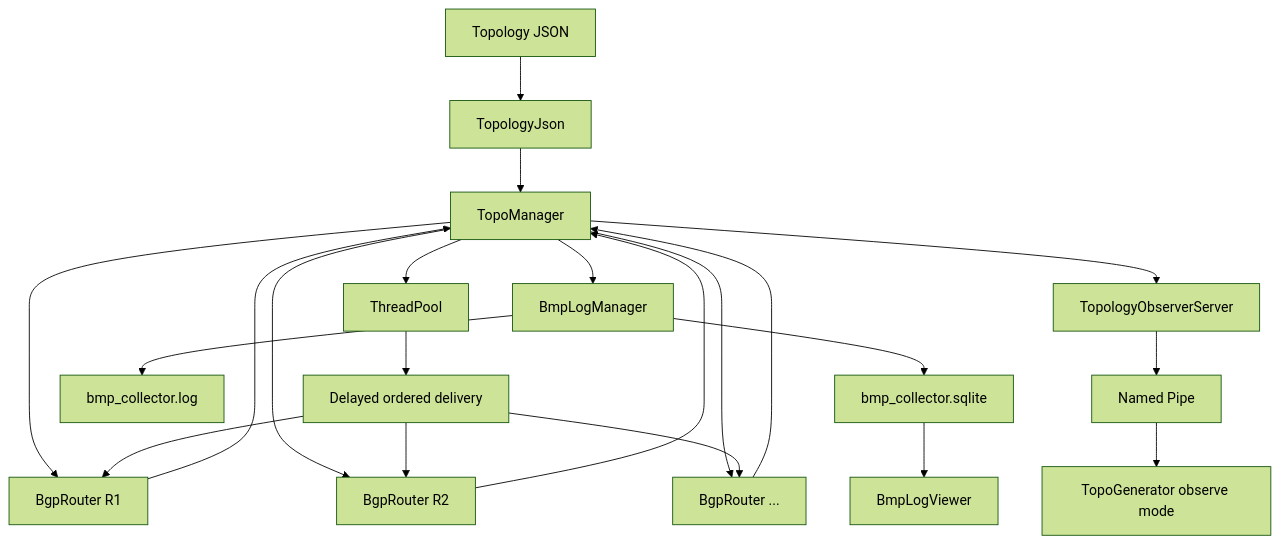
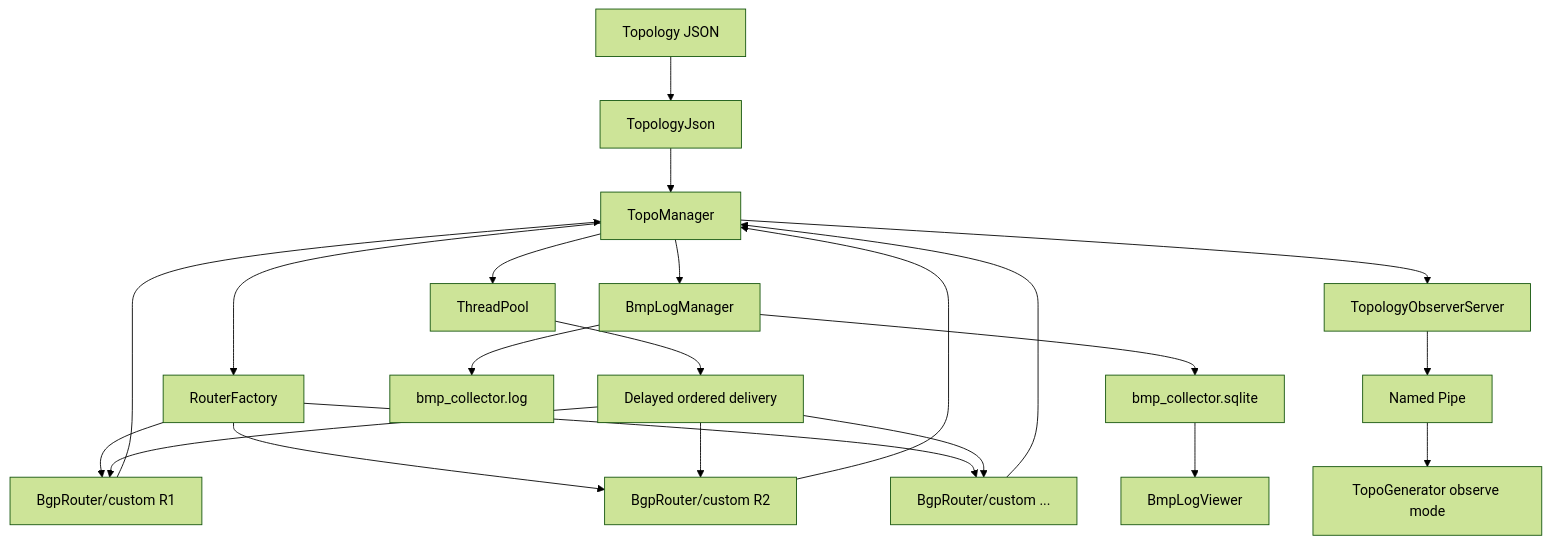
One commit to HandsomeGiao/BgpTest changed the first of 3 diagrams in TopoSimulator/DESIGN.md. Above: the diagram before and after it, drawn with Mermaid (forest theme). The commit also changed other lines of this file and 15 other files, not shown here.

````diff
--- a/TopoSimulator/DESIGN.md
+++ b/TopoSimulator/DESIGN.md
@@ -76,23 +78,24 @@
 ```mermaid
 flowchart TD
   JSON["Topology JSON"] --> TJ["TopologyJson"]
   TJ --> TM["TopoManager"]
-  TM --> R1["BgpRouter R1"]
-  TM --> R2["BgpRouter R2"]
-  TM --> RN["BgpRouter ..."]
+  TM --> RF["RouterFactory"]
+  RF --> R1["BgpRouter/custom R1"]
+  RF --> R2["BgpRouter/custom R2"]
+  RF --> RN["BgpRouter/custom ..."]
   R1 --> TM
   R2 --> TM
   RN --> TM
   TM --> TP["ThreadPool"]
   TP --> DELIVER["Delayed ordered delivery"]
   DELIVER --> R1
   DELIVER --> R2
   DELIVER --> RN
   TM --> BMP["BmpLogManager"]
   BMP --> JSONL["bmp_collector.log"]
   BMP --> SQLITE["bmp_collector.sqlite"]
   SQLITE --> GUI["BmpLogViewer"]
   TM --> OBS["TopologyObserverServer"]
   OBS --> PIPE["Named Pipe"]
   PIPE --> TG["TopoGenerator observe mode"]
 ```
````
